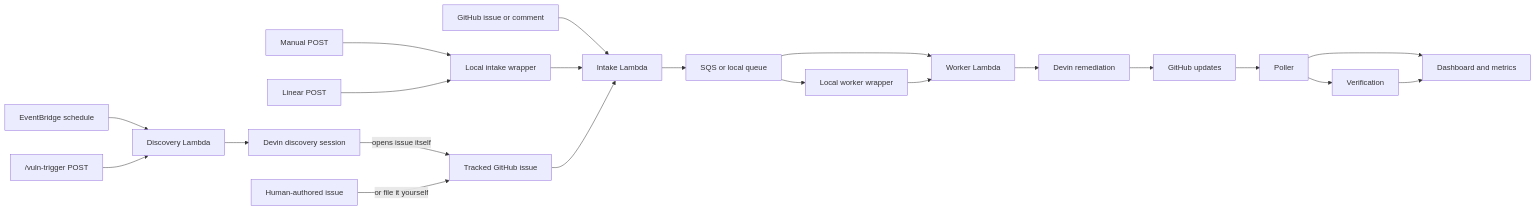
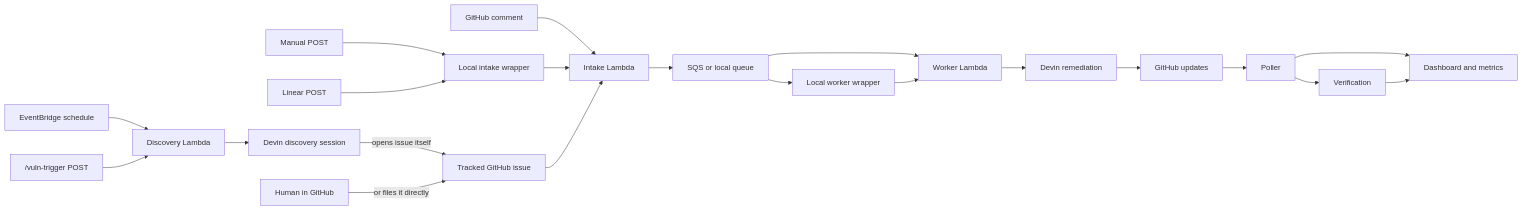
The first of 2 diagrams in ARCHITECTURE.md (C0smicCrush/devin-vuln-automation), drawn with Mermaid before and after one commit. The commit also changed other lines of this file, not shown here.

Commit message:
docs: dedupe duplicate GitHub-issue nodes in event-flow mermaid
The previous revision had three nodes describing the same physical thing:
- `GitHub[GitHub issue or comment]` (webhook source for both issues and comments)
- `HumanIssue[Human-authored issue]` (added in the prior commit)
- `Tracked[Tracked GitHub issue]` (the canonical node)

Collapse to a single `Tracked` node with two labeled arrows landing on it:
- `DevinDiscover -- "opens issue itself" --> Tracked`
- `Human -- "or files it directly" --> Tracked`

This encodes the "you can choose" branching as two creation paths on one
node instead of spurious duplicate nodes. Split the old `GitHub` node into
`Human` (files issues) and `Comment` (comments on existing issues), since
those were the two unrelated roles it was conflating.

Made-with: Cursor

````diff
--- a/ARCHITECTURE.md
+++ b/ARCHITECTURE.md
@@ -15,43 +15,43 @@
 ```mermaid
 graph LR
-    GitHub[GitHub issue or comment]
+    Human[Human in GitHub]
+    Comment[GitHub comment]
     Manual[Manual POST]
     Linear[Linear POST]
     Schedule[EventBridge schedule]
     VulnTrigger["/vuln-trigger POST"]
     Discovery[Discovery Lambda]
     DevinDiscover[Devin discovery session]
     Tracked[Tracked GitHub issue]
-    HumanIssue[Human-authored issue]
     LocalIntake[Local intake wrapper]
     Intake[Intake Lambda]
     Queue[SQS or local queue]
     LocalWorker[Local worker wrapper]
     Worker[Worker Lambda]
     Devin[Devin remediation]
     Updates[GitHub updates]
     Poller[Poller]
     Verify[Verification]
     Dashboard[Dashboard and metrics]
 
-    GitHub --> Intake
-    Manual --> LocalIntake
-    Linear --> LocalIntake
-    LocalIntake --> Intake
     Schedule --> Discovery
     VulnTrigger --> Discovery
     Discovery --> DevinDiscover
     DevinDiscover -- "opens issue itself" --> Tracked
-    HumanIssue -- "or file it yourself" --> Tracked
+    Human -- "or files it directly" --> Tracked
+    Comment --> Intake
+    Manual --> LocalIntake
+    Linear --> LocalIntake
+    LocalIntake --> Intake
     Tracked --> Intake
     Intake --> Queue
     Queue --> Worker
     Queue --> LocalWorker
     LocalWorker --> Worker
     Worker --> Devin
     Devin --> Updates
     Updates --> Poller
     Poller --> Verify
     Poller --> Dashboard
     Verify --> Dashboard
 ```
````
